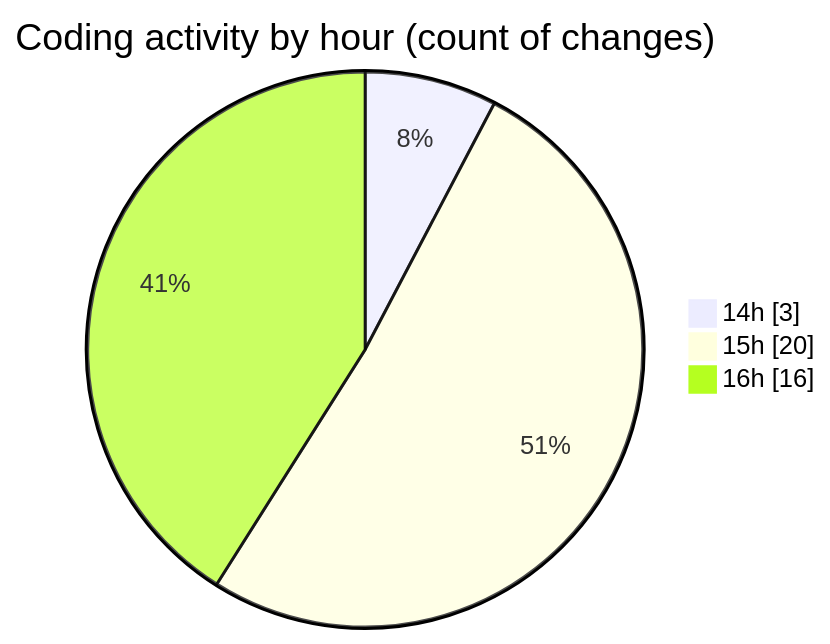
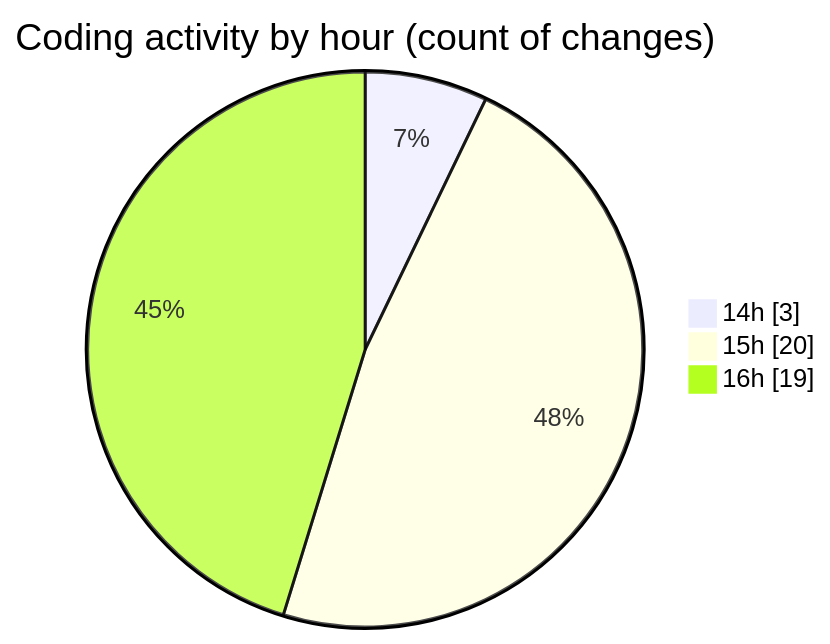
Before and after one commit to nxtqubesakshisongat/code-tracking: the second of 2 diagrams in 2025-06-02/nxtqube_webapp/README.md, drawn with Mermaid. The commit also changed other lines of this file and 1 other file, not shown here.

````diff
--- a/2025-06-02/nxtqube_webapp/README.md
+++ b/2025-06-02/nxtqube_webapp/README.md
@@ -29,7 +29,7 @@
 ```mermaid
 pie showData
 title Coding activity by hour (count of changes)
 "14h" : 3
 "15h" : 20
-"16h" : 16
+"16h" : 19
 ```
````
